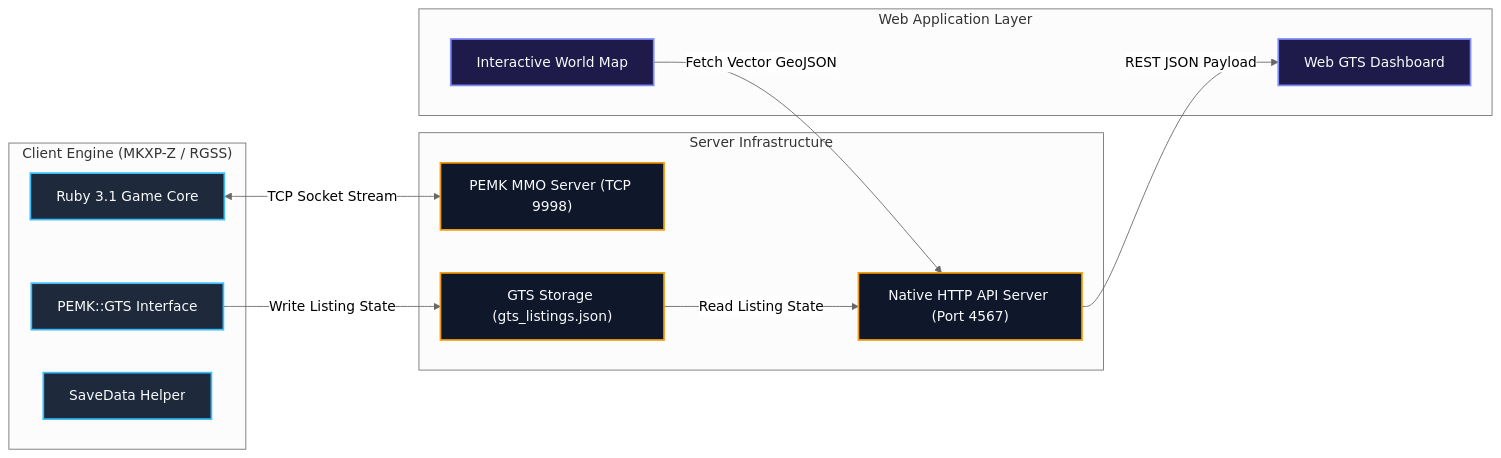
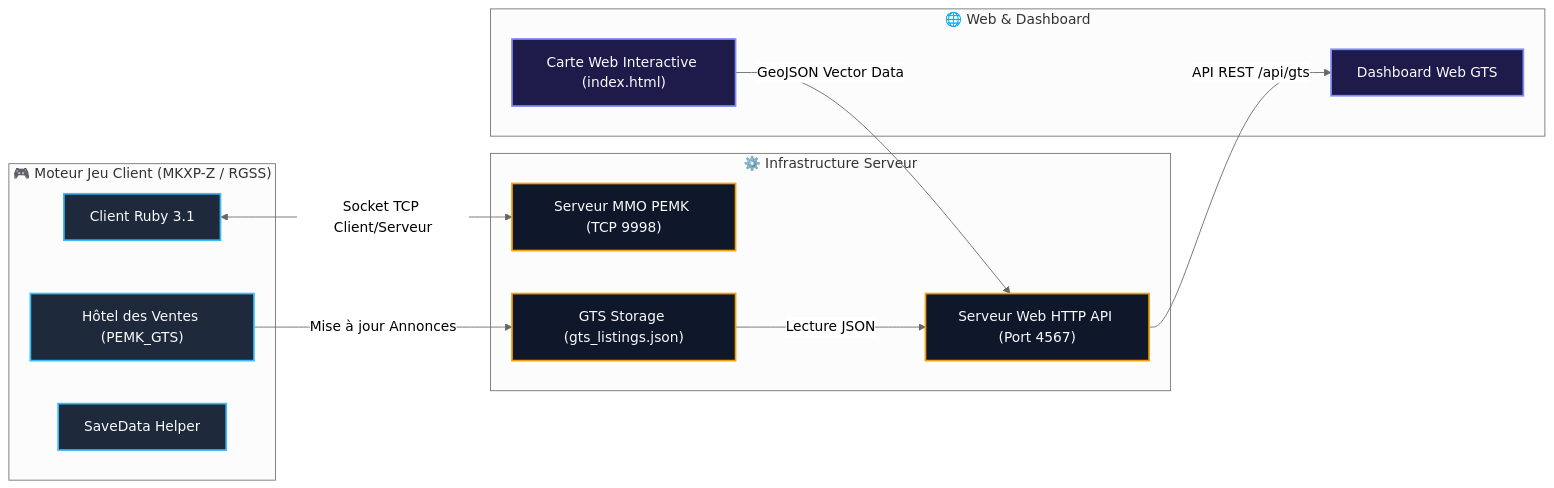
Before and after one commit to NISMOR33/POKEMON-ONLINE: the first of 2 diagrams in README.md, drawn with Mermaid (neutral theme). The commit also changed other lines of this file, not shown here.

Commit message:
feat: GTS enhancements, Delete Save button UI, intro graphics & professional README

````diff
--- a/README.md
+++ b/README.md
@@ -104,29 +170,29 @@
 ```mermaid
 flowchart LR
     classDef client fill:#1E293B,stroke:#38BDF8,stroke-width:2px,color:#F8FAFC;
     classDef server fill:#0F172A,stroke:#F59E0B,stroke-width:2px,color:#F8FAFC;
     classDef web fill:#1E1B4B,stroke:#818CF8,stroke-width:2px,color:#F8FAFC;
 
-    subgraph ClientLayer ["Client Engine (MKXP-Z / RGSS)"]
-        GameClient["Ruby 3.1 Game Core"]:::client
-        GTS_Client["PEMK::GTS Interface"]:::client
+    subgraph ClientLayer ["🎮 Moteur Jeu Client (MKXP-Z / RGSS)"]
+        GameClient["Client Ruby 3.1"]:::client
+        GTS_Client["Hôtel des Ventes (PEMK_GTS)"]:::client
         Save_Manager["SaveData Helper"]:::client
     end
 
-    subgraph ServerLayer ["Server Infrastructure"]
-        MMO_Core["PEMK MMO Server (TCP 9998)"]:::server
-        Web_Server["Native HTTP API Server (Port 4567)"]:::server
+    subgraph ServerLayer ["⚙️ Infrastructure Serveur"]
+        MMO_Core["Serveur MMO PEMK (TCP 9998)"]:::server
+        Web_Server["Serveur Web HTTP API (Port 4567)"]:::server
         JSON_Store["GTS Storage (gts_listings.json)"]:::server
     end
 
-    subgraph WebLayer ["Web Application Layer"]
-        Dashboard["Web GTS Dashboard"]:::web
-        InteractiveMap["Interactive World Map"]:::web
+    subgraph WebLayer ["🌐 Web & Dashboard"]
+        Dashboard["Dashboard Web GTS"]:::web
+        InteractiveMap["Carte Web Interactive (index.html)"]:::web
     end
 
-    GameClient <-->|TCP Socket Stream| MMO_Core
-    GTS_Client -->|Write Listing State| JSON_Store
-    JSON_Store -->|Read Listing State| Web_Server
-    Web_Server -->|REST JSON Payload| Dashboard
-    InteractiveMap -->|Fetch Vector GeoJSON| Web_Server
+    GameClient <-->|Socket TCP Client/Serveur| MMO_Core
+    GTS_Client -->|Mise à jour Annonces| JSON_Store
+    JSON_Store -->|Lecture JSON| Web_Server
+    Web_Server -->|API REST /api/gts| Dashboard
+    InteractiveMap -->|GeoJSON Vector Data| Web_Server
 ```
````
